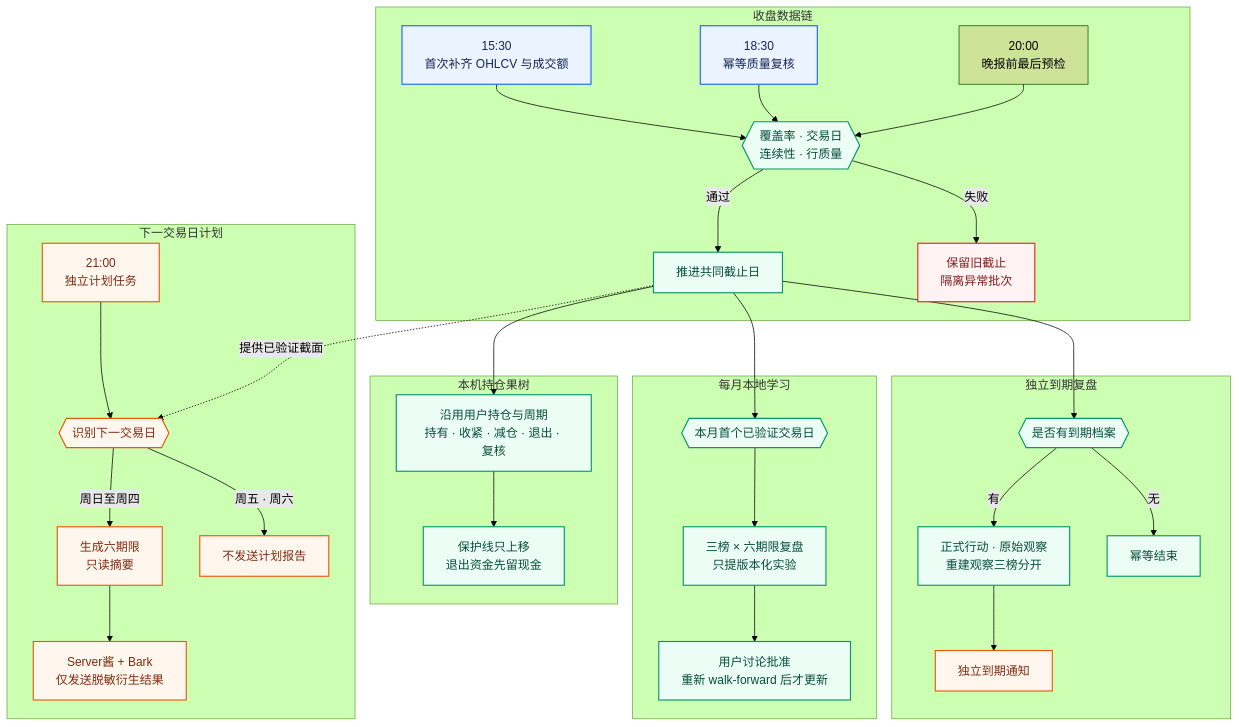
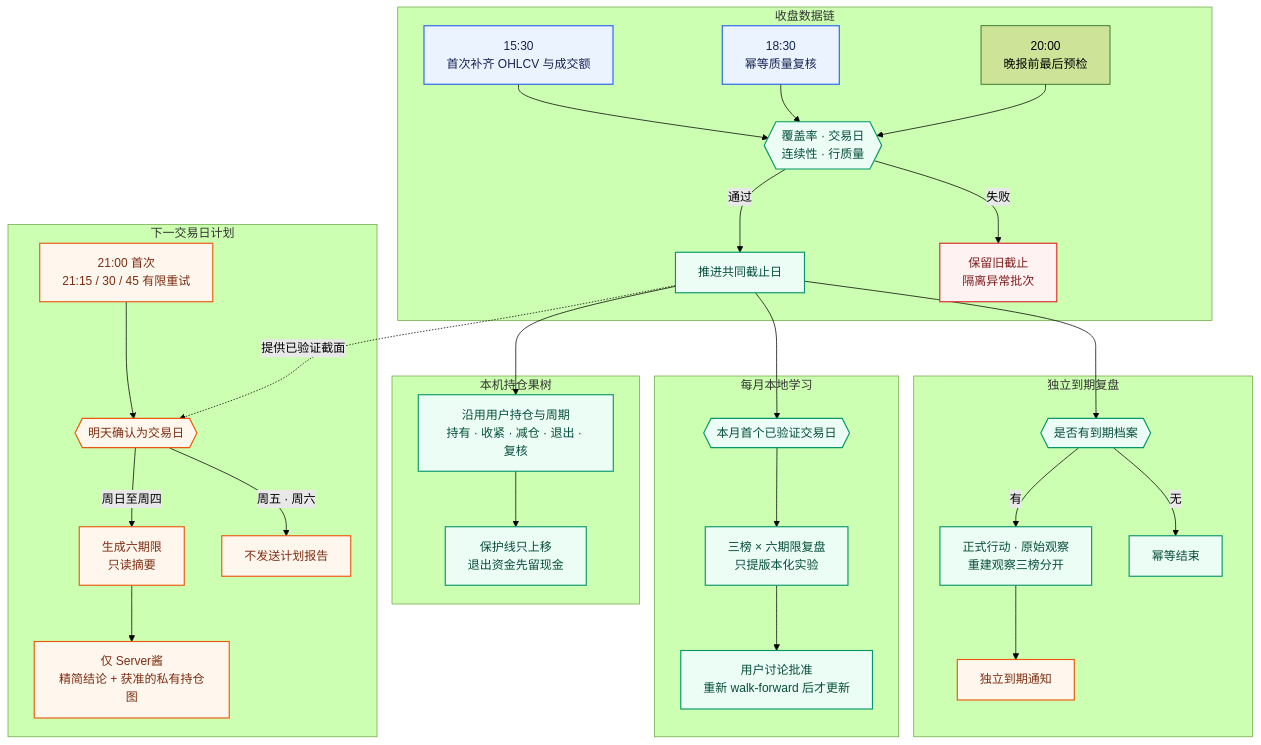
The third of 3 diagrams in README.md (zerongwong/a-share-lab), drawn with Mermaid (forest theme) before and after one commit. The commit also changed other lines of this file and 33 other files, not shown here.

````diff
--- a/README.md
+++ b/README.md
@@ -194,45 +201,45 @@
 ```mermaid
 flowchart TB
     subgraph CLOSE["收盘数据链"]
         A["15:30<br/>首次补齐 OHLCV 与成交额"] --> C{{"覆盖率 · 交易日<br/>连续性 · 行质量"}}
         B["18:30<br/>幂等质量复核"] --> C
         B2["20:00<br/>晚报前最后预检"] --> C
         C -->|通过| D["推进共同截止日"]
         C -->|失败| Q["保留旧截止<br/>隔离异常批次"]
     end
 
     subgraph REVIEW["独立到期复盘"]
         D --> P{{"是否有到期档案"}}
         P -->|有| R["正式行动 · 原始观察<br/>重建观察三榜分开"]
         R --> N["独立到期通知"]
         P -->|无| I["幂等结束"]
     end
 
     subgraph HOLDING["本机持仓果树"]
         D --> H["沿用用户持仓与周期<br/>持有 · 收紧 · 减仓 · 退出 · 复核"]
         H --> X["保护线只上移<br/>退出资金先留现金"]
     end
 
     subgraph MONTHLY["每月本地学习"]
         D --> M{{"本月首个已验证交易日"}}
         M --> V["三榜 × 六期限复盘<br/>只提版本化实验"]
         V --> U["用户讨论批准<br/>重新 walk-forward 后才更新"]
     end
 
     subgraph REPORT["下一交易日计划"]
-        T["21:00<br/>独立计划任务"] --> W{{"识别下一交易日"}}
+        T["21:00 首次<br/>21:15 / 30 / 45 有限重试"] --> W{{"明天确认为交易日"}}
         D -.->|提供已验证截面| W
         W -->|周日至周四| E["生成六期限<br/>只读摘要"]
-        E --> F["Server酱 + Bark<br/>仅发送脱敏衍生结果"]
+        E --> F["仅 Server酱<br/>精简结论 + 获准的私有持仓图"]
         W -->|周五 · 周六| G["不发送计划报告"]
     end
 
     classDef sync fill:#EAF3FF,stroke:#2563EB,color:#172554,stroke-width:1.5px;
     classDef verify fill:#ECFDF5,stroke:#059669,color:#064E3B,stroke-width:1.5px;
     classDef warn fill:#FEF2F2,stroke:#DC2626,color:#7F1D1D,stroke-width:1.5px;
     classDef notify fill:#FFF7ED,stroke:#EA580C,color:#7C2D12,stroke-width:1.5px;
     class A,B sync;
     class C,D,P,R,I,H,X,M,V,U verify;
     class Q warn;
     class N,T,W,E,F,G notify;
 ```
````
